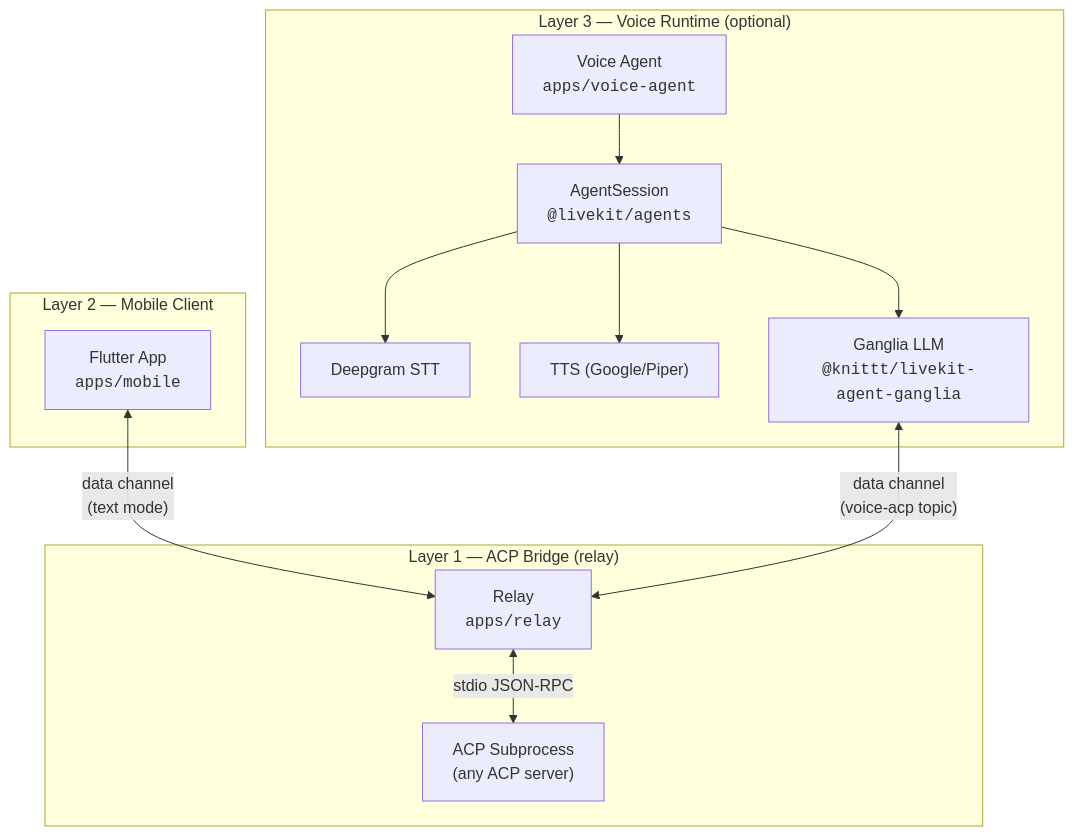
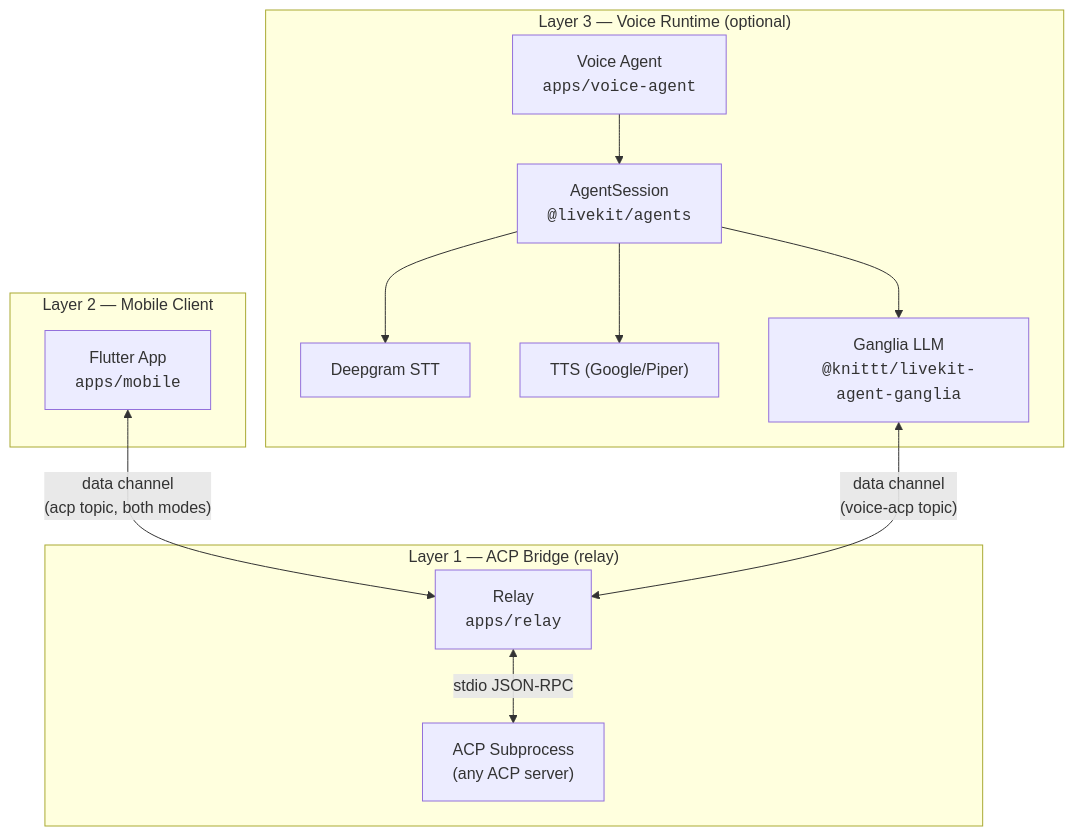
The first of 3 diagrams in docs/architecture/system-overview.md (dremonkey/fletcher), drawn with Mermaid before and after one commit. The commit also changed other lines of this file and 11 other files, not shown here.

First line of the commit message:
docs: bulk-update architecture docs for Epic 30 end state

````diff
--- a/docs/architecture/system-overview.md
+++ b/docs/architecture/system-overview.md
@@ -17,27 +17,27 @@
 ```mermaid
 flowchart TB
     subgraph "Layer 1 — ACP Bridge (relay)"
         RL["Relay<br/><code>apps/relay</code>"]
         ACP_SUB["ACP Subprocess<br/>(any ACP server)"]
     end
 
     subgraph "Layer 2 — Mobile Client"
         APP["Flutter App<br/><code>apps/mobile</code>"]
     end
 
     subgraph "Layer 3 — Voice Runtime (optional)"
         VA["Voice Agent<br/><code>apps/voice-agent</code>"]
         AS["AgentSession<br/><code>@livekit/agents</code>"]
         STT["Deepgram STT"]
         TTS["TTS (Google/Piper)"]
         G["Ganglia LLM<br/><code>@knittt/livekit-agent-ganglia</code>"]
     end
 
-    APP <-->|"data channel<br/>(text mode)"| RL
+    APP <-->|"data channel<br/>(acp topic, both modes)"| RL
     RL <-->|"stdio JSON-RPC"| ACP_SUB
     VA --> AS
     AS --> STT
     AS --> TTS
     AS --> G
     G <-->|"data channel<br/>(voice-acp topic)"| RL
 ```
````
